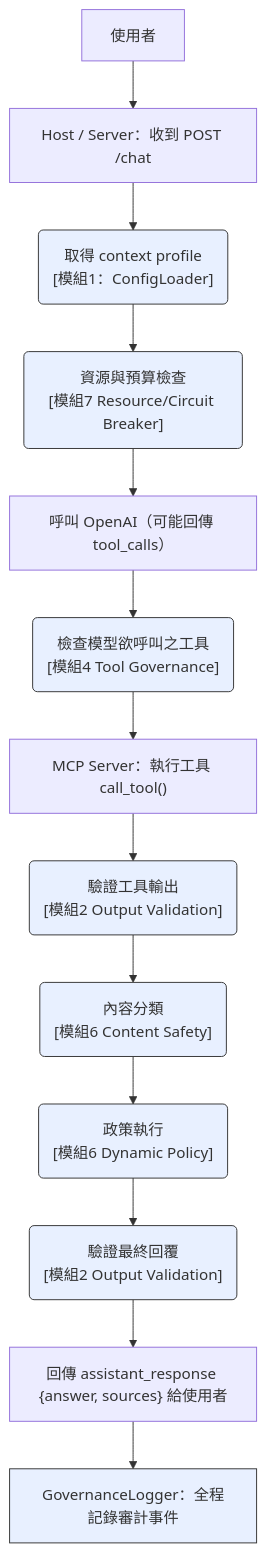
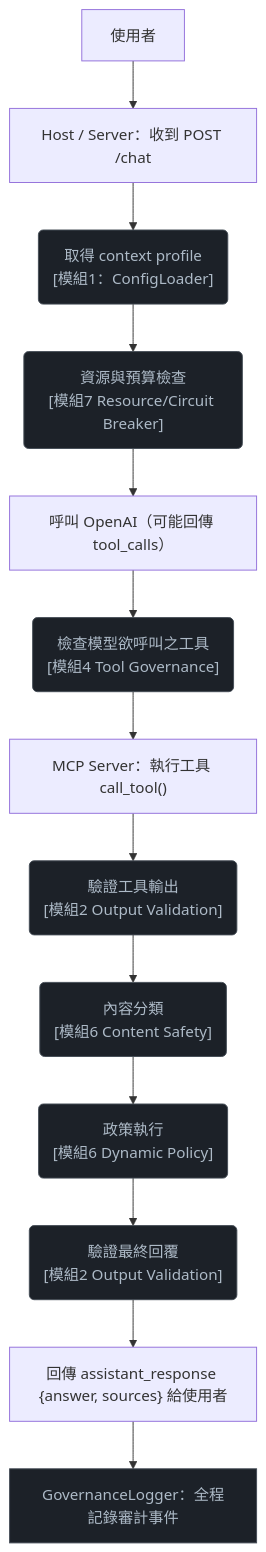
The second of 2 diagrams in README.md (willy1236/cva-midterm-mcp), drawn with Mermaid before and after one commit. The commit also changed other lines of this file, not shown here.

Commit message:
fix: 修正單輪對話流程中顏色標註與樣式定義，提升可讀性

````diff
--- a/README.md
+++ b/README.md
@@ -99,22 +99,22 @@
 ```mermaid
 flowchart TD
     U[使用者    ]
     U --> H["Host / Server：收到 POST /chat"]
     H --> C("取得 context profile\n[模組1：ConfigLoader]")
     C --> B("資源與預算檢查\n[模組7 Resource/Circuit Breaker]")
     B --> O["呼叫 OpenAI（可能回傳 tool_calls）"]
     O --> G("檢查模型欲呼叫之工具\n[模組4 Tool Governance]")
     G --> M["MCP Server：執行工具 call_tool()"]
     M --> V("驗證工具輸出\n[模組2 Output Validation]")
     V --> CL("內容分類\n[模組6 Content Safety]")
     CL --> P("政策執行\n[模組6 Dynamic Policy]")
     P --> VA("驗證最終回覆\n[模組2 Output Validation]")
     VA --> R["回傳 assistant_response {answer, sources} 給使用者"]
     R --> L["GovernanceLogger：全程記錄審計事件"]
 
     %% 樣式定義
-    classDef module fill:#e8f0ff,stroke:#333,stroke-width:1px;
+    classDef module fill:#1c2128,stroke:#444c56,color:#adbac7,stroke-width:1px;
 
     %% 將所有標註模組編號的節點套用相同樣式
     class C,B,G,V,CL,P,VA,L module;
 ```
````
